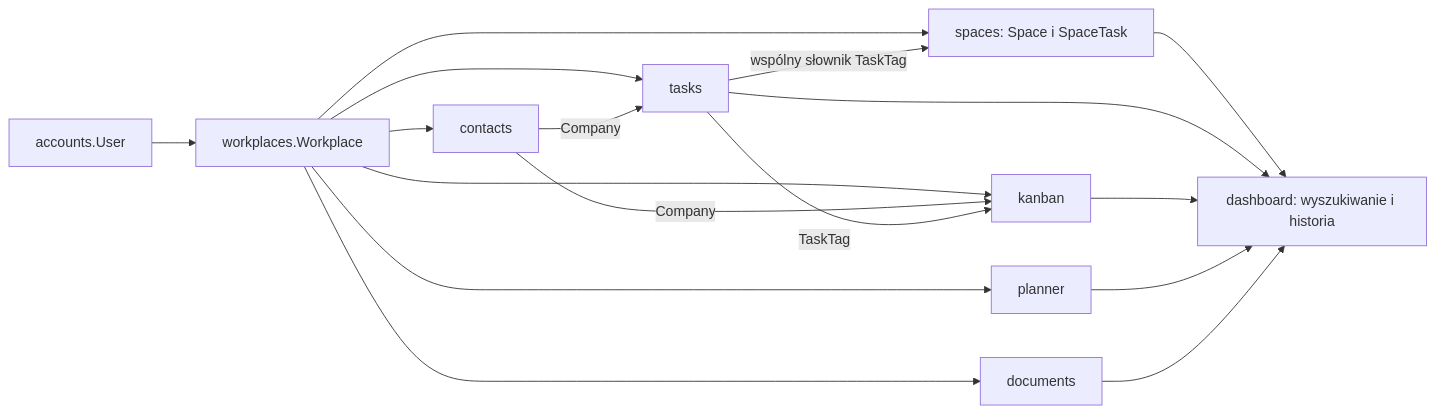
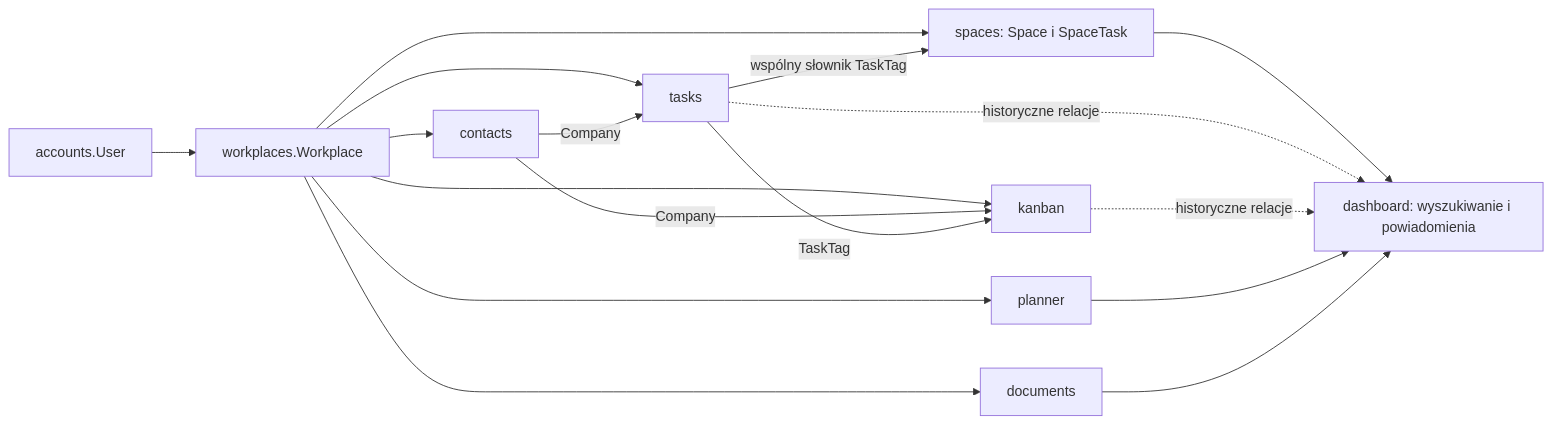
One commit to KreanOff/ancore changed the second of 2 diagrams in docs/ARCHITECTURE.md. Above: the diagram before and after it, drawn with Mermaid. The commit also changed other lines of this file and 26 other files, not shown here.

````diff
--- a/docs/ARCHITECTURE.md
+++ b/docs/ARCHITECTURE.md
@@ -97,19 +98,19 @@
 ```mermaid
 flowchart LR
     A[accounts.User] --> W[workplaces.Workplace]
     W --> S[spaces: Space i SpaceTask]
     W --> T[tasks]
     W --> K[kanban]
     W --> C[contacts]
     W --> P[planner]
     W --> D[documents]
     C -->|Company| T
     C -->|Company| K
     T -->|TaskTag| K
     T -->|wspólny słownik TaskTag| S
     S --> H
-    T --> H[dashboard: wyszukiwanie i historia]
-    K --> H
+    T -.->|historyczne relacje| H[dashboard: wyszukiwanie i powiadomienia]
+    K -.->|historyczne relacje| H
     P --> H
     D --> H
 ```
````
